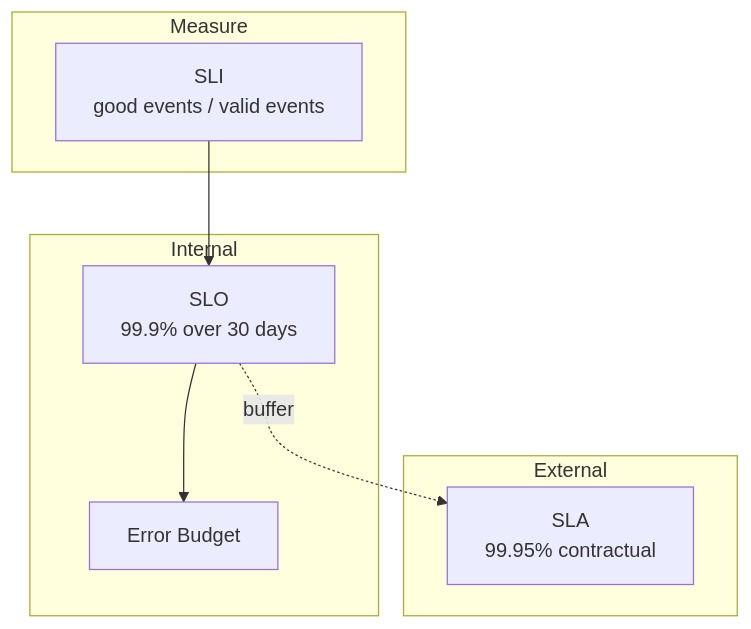
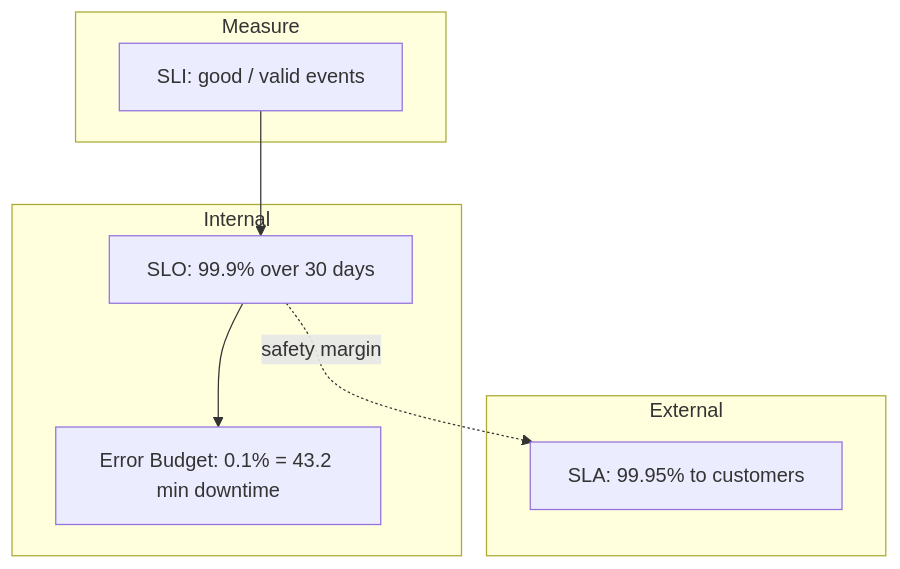
One commit to hareramcse/SystemDesign changed diagram 12 of 20 in 09-observability/README.md. Above: the diagram before and after it, drawn with Mermaid. The commit also changed other lines of this file and 14 other files, not shown here.

````diff
--- a/09-observability/README.md
+++ b/09-observability/README.md
@@ -582,16 +742,16 @@
 ```mermaid
 flowchart TB
     subgraph Measure
-        SLI["SLI<br/>good events / valid events"]
+        SLI["SLI: good / valid events"]
     end
     subgraph Internal
-        SLO["SLO<br/>99.9% over 30 days"]
-        EB[Error Budget]
+        SLO["SLO: 99.9% over 30 days"]
+        EB["Error Budget: 0.1% = 43.2 min downtime"]
     end
     subgraph External
-        SLA["SLA<br/>99.95% contractual"]
+        SLA["SLA: 99.95% to customers"]
     end
     SLI --> SLO
     SLO --> EB
-    SLO -.->|buffer| SLA
+    SLO -.->|safety margin| SLA
 ```
````
